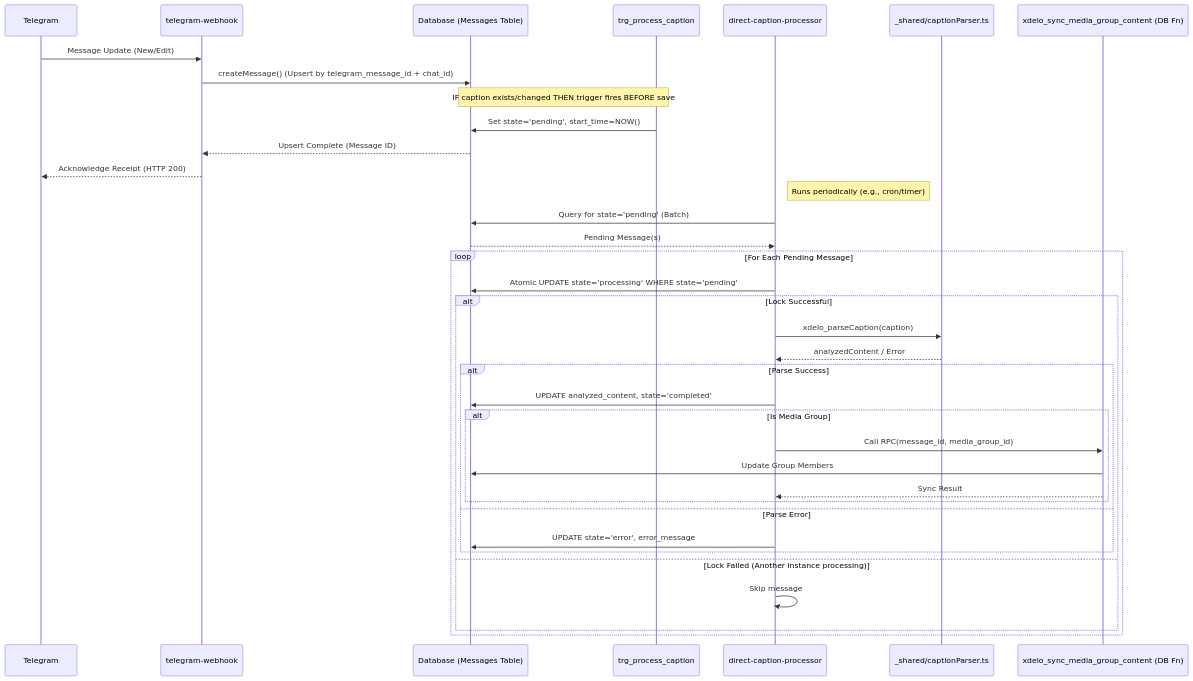
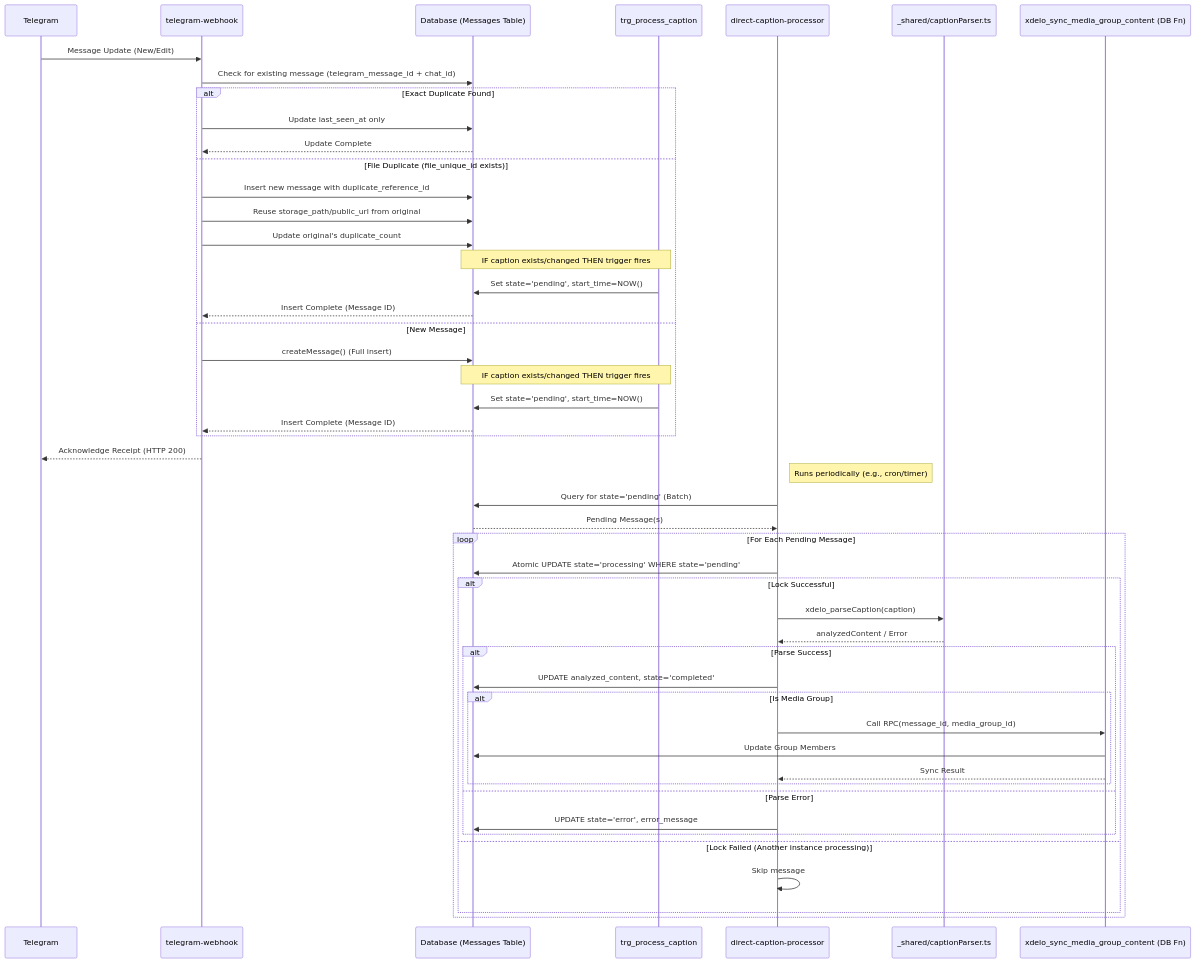
One commit to cmtkdot/xdelo-app changed the first of 2 diagrams in docs/telegram-webhook-flow.md. Above: the diagram before and after it, drawn with Mermaid. The commit also changed other lines of this file and 1 other file, not shown here.

````diff
--- a/docs/telegram-webhook-flow.md
+++ b/docs/telegram-webhook-flow.md
@@ -61,40 +71,53 @@
 ```mermaid
 sequenceDiagram
     participant T as Telegram
     participant W as telegram-webhook
     participant DB as Database (Messages Table)
     participant TRG as trg_process_caption
     participant EF as direct-caption-processor
     participant P as _shared/captionParser.ts
     participant SYNC as xdelo_sync_media_group_content (DB Fn)
 
     T->>W: Message Update (New/Edit)
-    W->>DB: createMessage() (Upsert by telegram_message_id + chat_id)
-    Note over DB,TRG: IF caption exists/changed THEN trigger fires BEFORE save
-    TRG->>DB: Set state='pending', start_time=NOW()
-    DB-->>W: Upsert Complete (Message ID)
+    W->>DB: Check for existing message (telegram_message_id + chat_id)
+    alt Exact Duplicate Found
+        W->>DB: Update last_seen_at only
+        DB-->>W: Update Complete
+    else File Duplicate (file_unique_id exists)
+        W->>DB: Insert new message with duplicate_reference_id
+        W->>DB: Reuse storage_path/public_url from original
+        W->>DB: Update original's duplicate_count
+        Note over DB,TRG: IF caption exists/changed THEN trigger fires
+        TRG->>DB: Set state='pending', start_time=NOW()
+        DB-->>W: Insert Complete (Message ID)
+    else New Message
+        W->>DB: createMessage() (Full insert)
+        Note over DB,TRG: IF caption exists/changed THEN trigger fires
+        TRG->>DB: Set state='pending', start_time=NOW()
+        DB-->>W: Insert Complete (Message ID)
+    end
     W-->>T: Acknowledge Receipt (HTTP 200)
 
     Note right of EF: Runs periodically (e.g., cron/timer)
     EF->>DB: Query for state='pending' (Batch)
     DB-->>EF: Pending Message(s)
     loop For Each Pending Message
         EF->>DB: Atomic UPDATE state='processing' WHERE state='pending'
         alt Lock Successful
             EF->>P: xdelo_parseCaption(caption)
             P-->>EF: analyzedContent / Error
             alt Parse Success
                 EF->>DB: UPDATE analyzed_content, state='completed'
                 alt Is Media Group
                     EF->>SYNC: Call RPC(message_id, media_group_id)
                     SYNC->>DB: Update Group Members
                     SYNC-->>EF: Sync Result
                 end
             else Parse Error
                 EF->>DB: UPDATE state='error', error_message
             end
         else Lock Failed (Another instance processing)
             EF->>EF: Skip message
         end
     end
 ```
````
